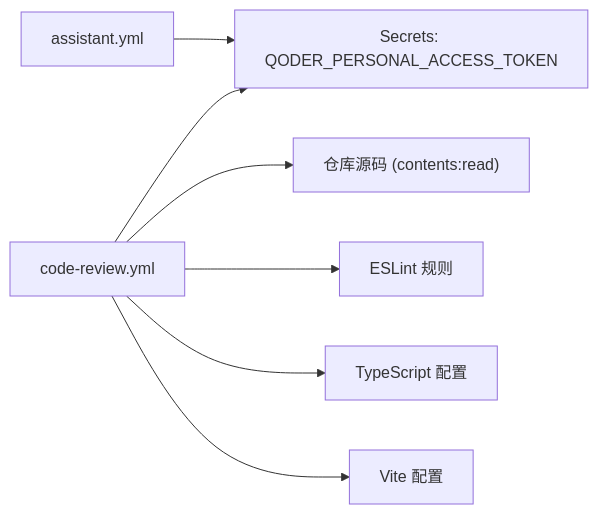
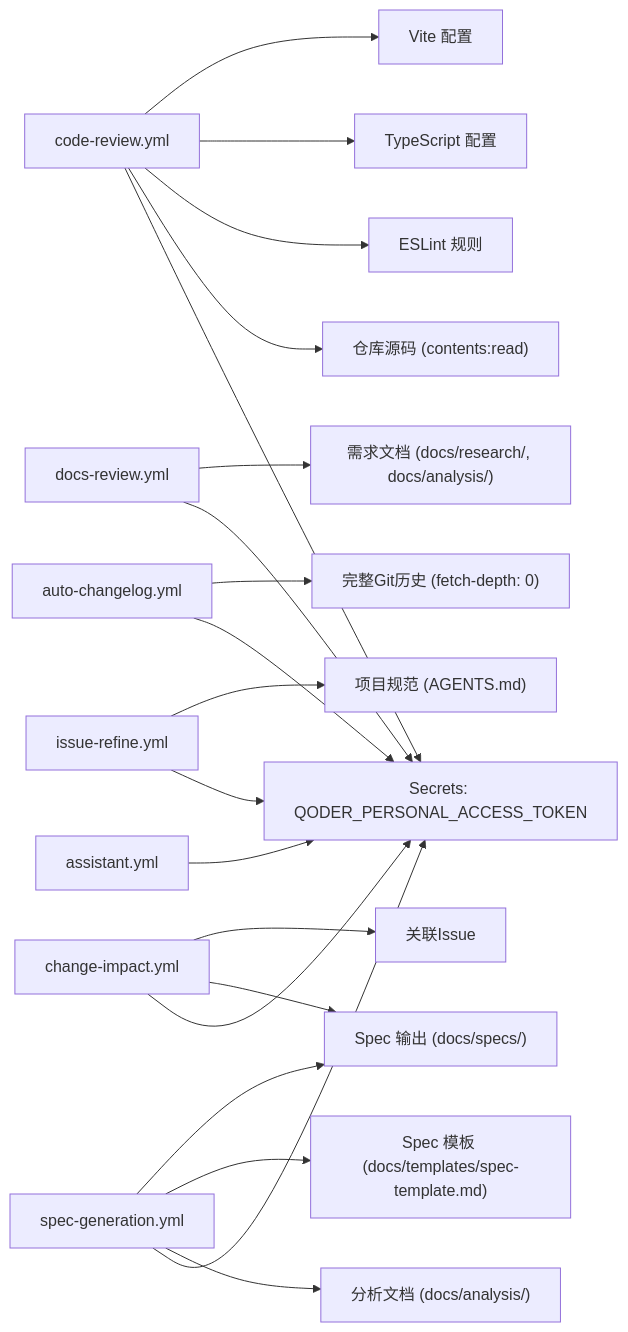
Before and after one commit to Seiano/hj-admin: diagram 11 of 11 in .qoder/repowiki/zh/content/部署运维/CI_CD工作流配置.md, drawn with Mermaid. The commit also changed other lines of this file and 6 other files, not shown here.

````diff
--- a/.qoder/repowiki/zh/content/部署运维/CI_CD工作流配置.md
+++ b/.qoder/repowiki/zh/content/部署运维/CI_CD工作流配置.md
@@ -234,9 +595,22 @@
 ```mermaid
 graph LR
 A["assistant.yml"] --> S["Secrets: QODER_PERSONAL_ACCESS_TOKEN"]
 B["code-review.yml"] --> S
+C["docs-review.yml"] --> S
+D["spec-generation.yml"] --> S
+E["issue-refine.yml"] --> S
+F["change-impact.yml"] --> S
+G["auto-changelog.yml"] --> S
 B --> Repo["仓库源码 (contents:read)"]
+C --> Docs["需求文档 (docs/research/, docs/analysis/)"]
+D --> Analysis["分析文档 (docs/analysis/)"]
+D --> Template["Spec 模板 (docs/templates/spec-template.md)"]
+D --> Specs["Spec 输出 (docs/specs/)"]
+E --> Agents["项目规范 (AGENTS.md)"]
+F --> Specs
+F --> Issues["关联Issue"]
+G --> Git["完整Git历史 (fetch-depth: 0)"]
 B --> ESLint["ESLint 规则"]
 B --> TSC["TypeScript 配置"]
 B --> Vite["Vite 配置"]
 ```
````
